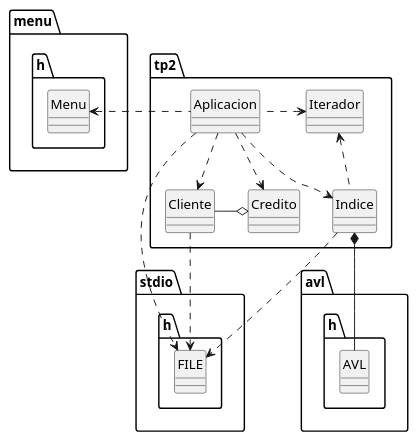
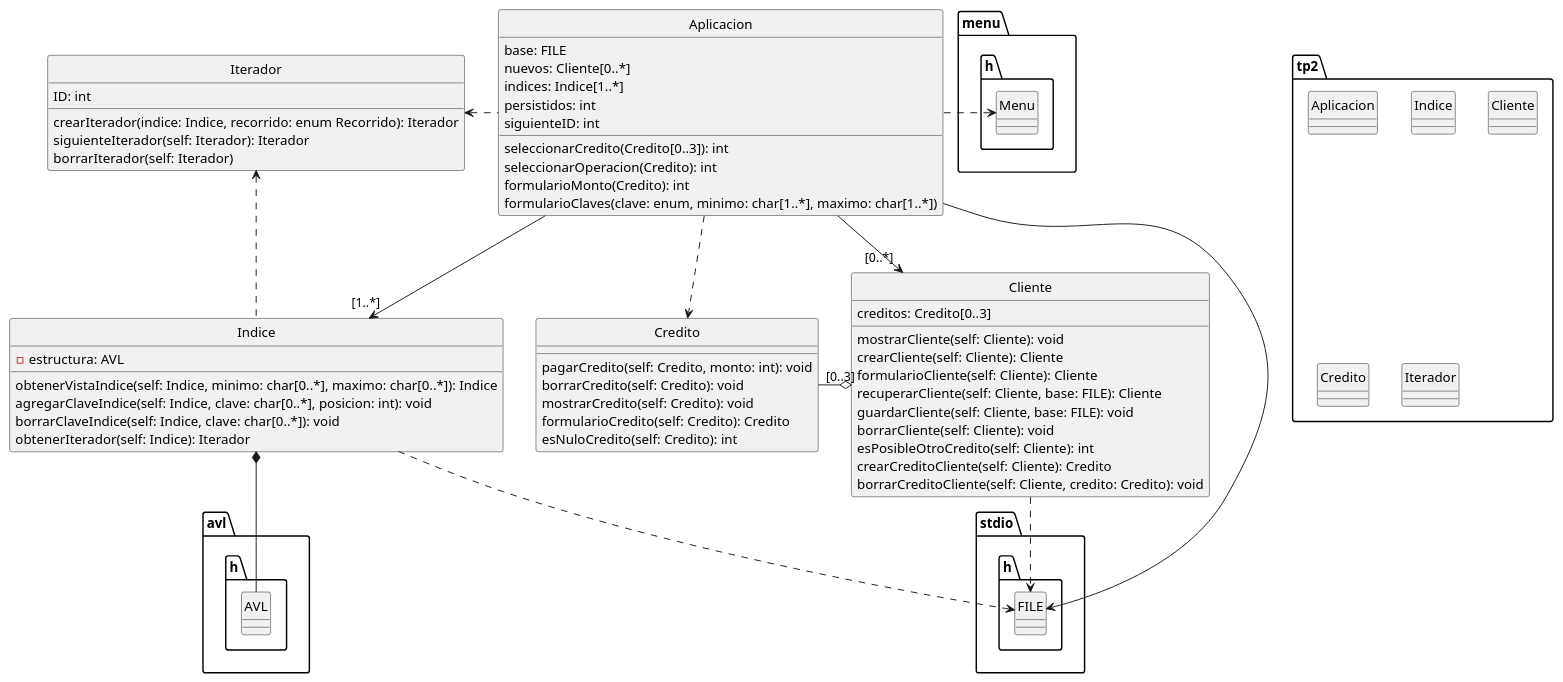
One commit to HeraclitoDeEfeso/TP-final-parte-2 changed the diagram in diagrama.puml. Above: the diagram before and after it, drawn with PlantUML.

Commit message:
UML: actualizo diagrama de clases

```diff
--- a/diagrama.puml
+++ b/diagrama.puml
@@ -1,37 +1,85 @@
 @startuml
 
 package tp2 <<Folder>> {
-    class Aplicacion
+    class Aplicacion 
     class Indice
     class Cliente
     class Credito
     class Iterador
 }
 
 package stdio.h <<Folder>> {
     class FILE
 }
 
 package avl.h <<Folder>> {
     class AVL
 }
 
 package menu.h <<Folder>> {
     class Menu
 }
 
+class Aplicacion {
+	base: FILE
+	nuevos: Cliente[0..*]
+	indices: Indice[1..*]
+	persistidos: int
+	siguienteID: int
+	seleccionarCredito(Credito[0..3]): int
+	seleccionarOperacion(Credito): int
+	formularioMonto(Credito): int
+	formularioClaves(clave: enum, minimo: char[1..*], maximo: char[1..*])
+}
+
+class Cliente {
+	creditos: Credito[0..3]
+	mostrarCliente(self: Cliente): void
+	crearCliente(self: Cliente): Cliente
+	formularioCliente(self: Cliente): Cliente
+	recuperarCliente(self: Cliente, base: FILE): Cliente
+	guardarCliente(self: Cliente, base: FILE): void
+	borrarCliente(self: Cliente): void
+	esPosibleOtroCredito(self: Cliente): int
+	crearCreditoCliente(self: Cliente): Credito
+	borrarCreditoCliente(self: Cliente, credito: Credito): void
+}
+
+class Credito {
+	pagarCredito(self: Credito, monto: int): void
+	borrarCredito(self: Credito): void
+	mostrarCredito(self: Credito): void
+	formularioCredito(self: Credito): Credito
+	esNuloCredito(self: Credito): int
+}
+
+class Indice {
+	-estructura: AVL
+	obtenerVistaIndice(self: Indice, minimo: char[0..*], maximo: char[0..*]): Indice
+	agregarClaveIndice(self: Indice, clave: char[0..*], posicion: int): void
+	borrarClaveIndice(self: Indice, clave: char[0..*]): void
+	obtenerIterador(self: Indice): Iterador
+}
+
+class Iterador {
+	ID: int
+	crearIterador(indice: Indice, recorrido: enum Recorrido): Iterador
+	siguienteIterador(self: Iterador): Iterador
+	borrarIterador(self: Iterador)	
+}
+
 Aplicacion .left.> Menu
-Aplicacion ..> Indice
-Aplicacion ..> FILE
-Aplicacion ..> Cliente
+Aplicacion --> "[1..*]" Indice
+Aplicacion --> FILE
+Aplicacion --> "[0..*]" Cliente
 Aplicacion ..> Credito
-Cliente -left-o Credito
+Cliente o-left- "[0..3]" Credito
 Cliente ..> FILE
 Indice ..> FILE
 Indice *-down- AVL
 Indice .up.> Iterador
 Aplicacion .left.> Iterador
 
 hide class circle
 
 @enduml
```
